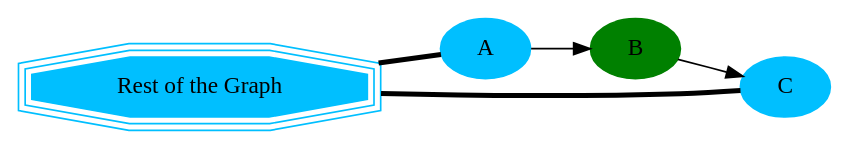
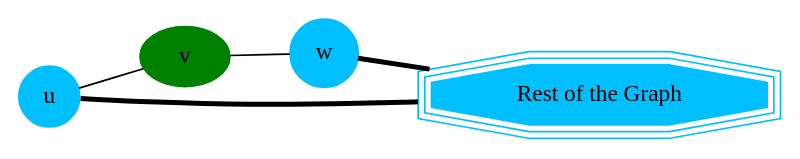
Before and after one commit to pgRouting/pgrouting: the ninth of 13 diagrams in doc/contraction/contraction-family.rst, drawn with Graphviz. The commit also changed other lines of this file and 5 other files, not shown here.

```diff
--- a/doc/contraction/contraction-family.rst
+++ b/doc/contraction/contraction-family.rst
@@ -186,16 +246,11 @@
 .. graphviz::
 
-    digraph G {
-        A [style=filled;color=deepskyblue];
-        B [style=filled; color=green];
-        C [style=filled;color=deepskyblue];
-        "G" [shape=tripleoctagon;
-        style=filled;color=deepskyblue;
-        label = "Rest of the Graph"];
+    graph G {
+        u, w [shape=circle;style=filled;width=.4;color=deepskyblue];
+        v [style=filled; color=green];
+        G [shape=tripleoctagon;width=1.5;style=filled;color=deepskyblue;label = "Rest of the Graph"];
 
         rankdir=LR;
-        G -> A [dir=none, weight=1, penwidth=3];
-        G -> C [dir=none, weight=1, penwidth=3];
-        A -> B;
-        B -> C;
+        w -- G -- u [dir=none, weight=1, penwidth=3];
+        u -- v -- w;
     }
```
